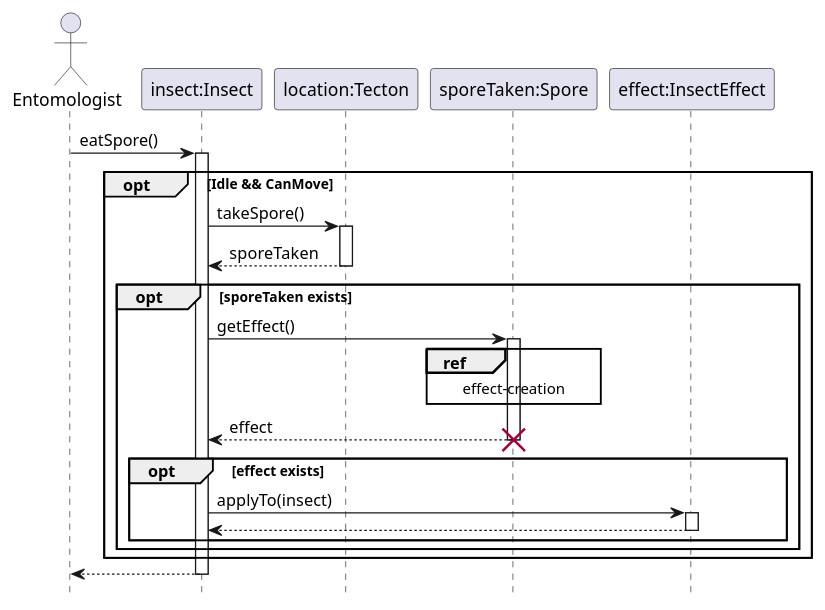
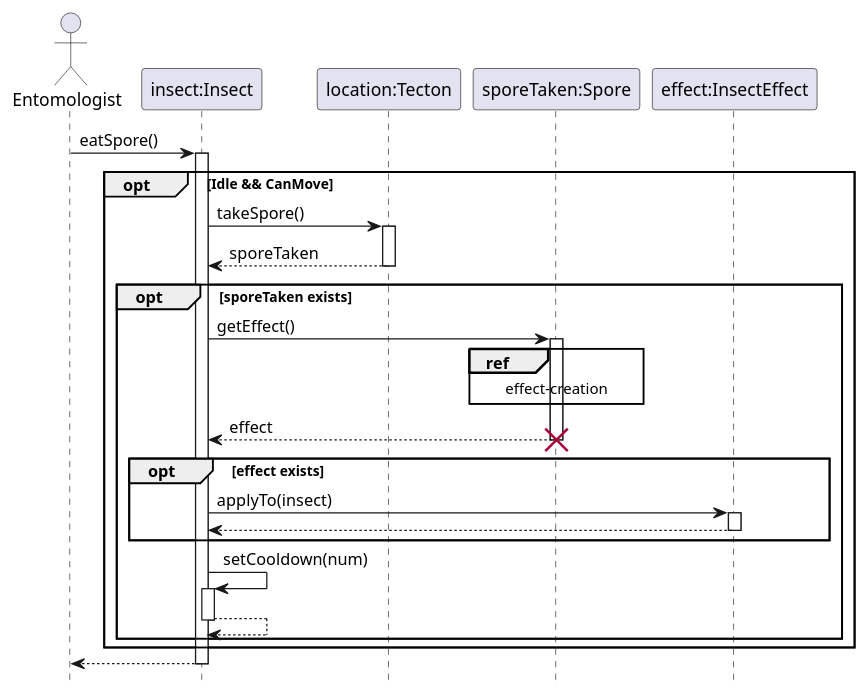
The diagram in Insect/eat-spore.pu (ZD4ve/projlab-error521), drawn with PlantUML before and after one commit. The commit also changed 2 other files, not shown here.

Commit message:
setCooldown added to insect

```diff
--- a/Insect/eat-spore.pu
+++ b/Insect/eat-spore.pu
@@ -1,39 +1,43 @@
 @startuml Insect/eat-spore
 hide footbox
 
 actor Entomologist
 participant "insect:Insect" as insect
 participant "location:Tecton" as location
 participant "sporeTaken:Spore" as sporeTaken
 participant "effect:InsectEffect" as effect
 
 Entomologist -> insect : eatSpore()
 activate insect
 
 opt Idle && CanMove
     insect -> location : takeSpore()
     activate location
     return sporeTaken
 
     opt sporeTaken exists
         insect -> sporeTaken : getEffect()
         activate sporeTaken
 
         ref over sporeTaken
             effect-creation
         end ref
 
         return effect
         destroy sporeTaken
 
         opt effect exists
             insect -> effect : applyTo(insect)
             activate effect
             return
         end
+
+            insect -> insect : setCooldown(num)
+        activate insect
+        return
     end
 end
 
 return
 
 @enduml
```
